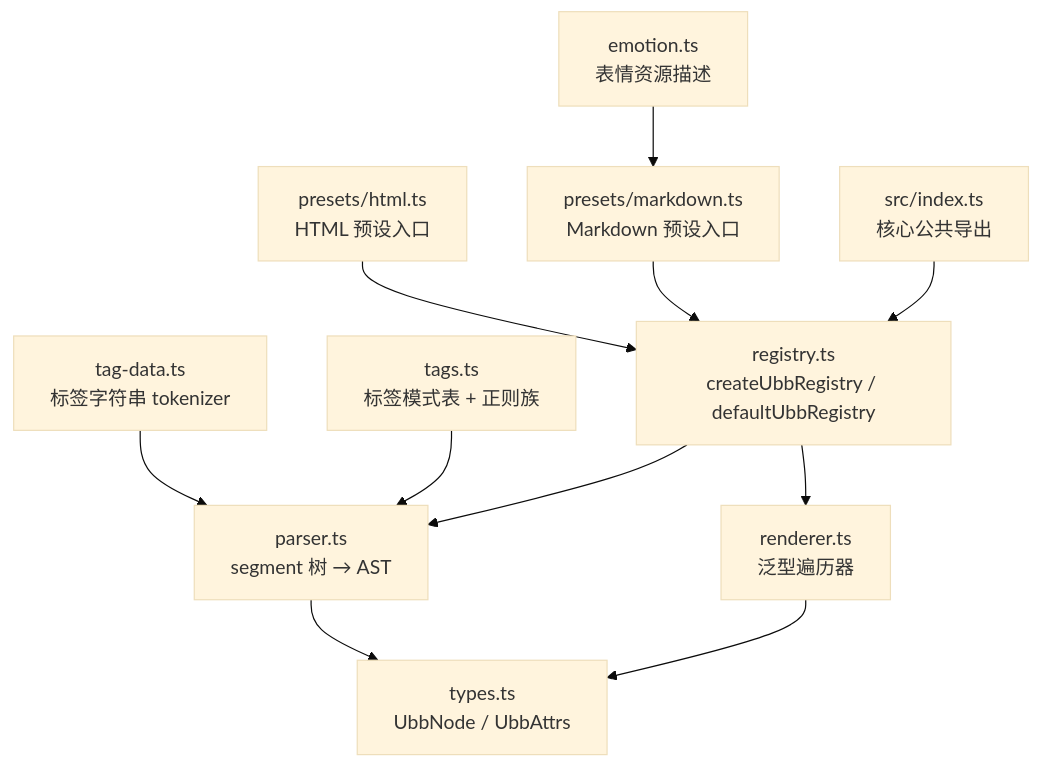
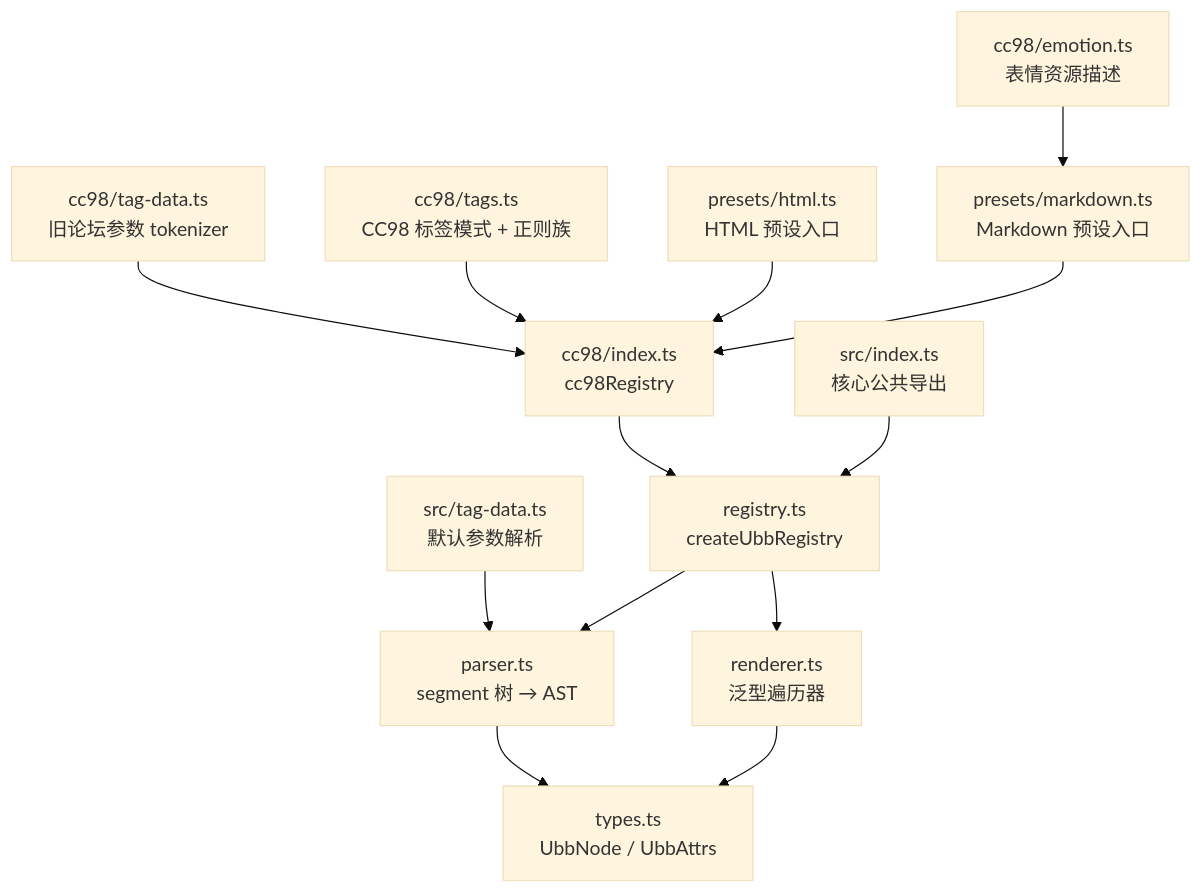
One commit to shellRaining/cc98 changed the first of 2 diagrams in packages/ubb/ARCHITECTURE.md. Above: the diagram before and after it, drawn with Mermaid (base theme). The commit also changed other lines of this file and 34 other files, not shown here.

````diff
--- a/packages/ubb/ARCHITECTURE.md
+++ b/packages/ubb/ARCHITECTURE.md
@@ -7,24 +7,27 @@
 ```mermaid
 graph TD
   types["types.ts<br/>UbbNode / UbbAttrs"]
-  tagData["tag-data.ts<br/>标签字符串 tokenizer"]
-  tags["tags.ts<br/>标签模式表 + 正则族"]
+  tagData["src/tag-data.ts<br/>默认参数解析"]
+  cc98Data["cc98/tag-data.ts<br/>旧论坛参数 tokenizer"]
+  tags["cc98/tags.ts<br/>CC98 标签模式 + 正则族"]
   parser["parser.ts<br/>segment 树 → AST"]
-  registry["registry.ts<br/>createUbbRegistry / defaultUbbRegistry"]
+  registry["registry.ts<br/>createUbbRegistry"]
   renderer["renderer.ts<br/>泛型遍历器"]
-  emotion["emotion.ts<br/>表情资源描述"]
+  emotion["cc98/emotion.ts<br/>表情资源描述"]
   toHtml["presets/html.ts<br/>HTML 预设入口"]
   toMarkdown["presets/markdown.ts<br/>Markdown 预设入口"]
   index["src/index.ts<br/>核心公共导出"]
 
   tagData --> parser
-  tags --> parser
+  cc98Data --> cc98["cc98/index.ts<br/>cc98Registry"]
+  tags --> cc98
+  cc98 --> registry
   parser --> types
   registry --> parser
   registry --> renderer
   renderer --> types
   emotion --> toMarkdown
-  toHtml --> registry
-  toMarkdown --> registry
+  toHtml --> cc98
+  toMarkdown --> cc98
   index --> registry
 ```
````
